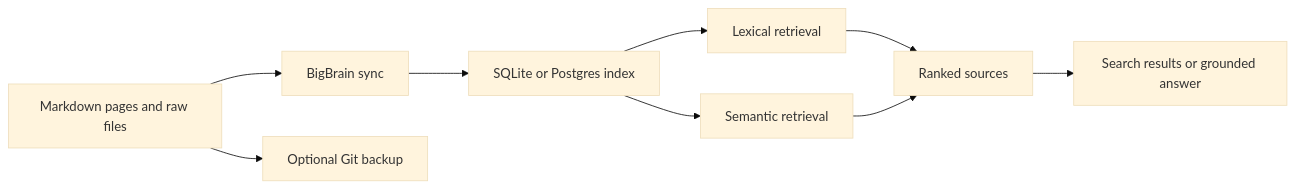
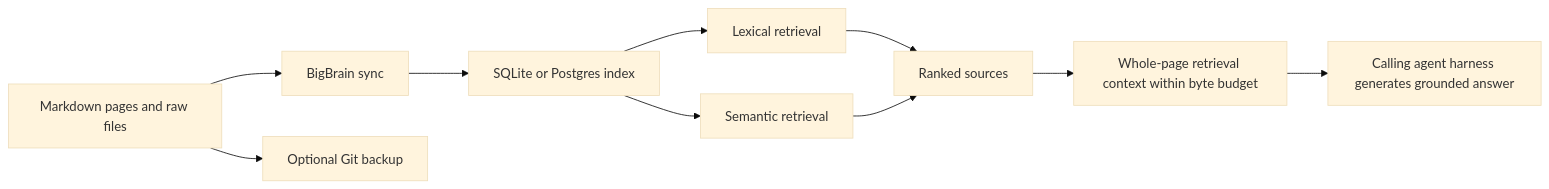
The diagram in README.md (life-efficient/bigbrain), drawn with Mermaid (base theme) before and after one commit. The commit also changed other lines of this file and 23 other files, not shown here.

Commit message:
Deprecate internal query answers in favor of harness search

````diff
--- a/README.md
+++ b/README.md
@@ -60,11 +63,12 @@
 ```mermaid
 flowchart LR
     A["Markdown pages and raw files"] --> B["BigBrain sync"]
     A --> G["Optional Git backup"]
     B --> C["SQLite or Postgres index"]
     C --> D["Lexical retrieval"]
     C --> E["Semantic retrieval"]
     D --> F["Ranked sources"]
     E --> F
-    F --> H["Search results or grounded answer"]
+    F --> H["Whole-page retrieval context within byte budget"]
+    H --> I["Calling agent harness generates grounded answer"]
 ```
````
